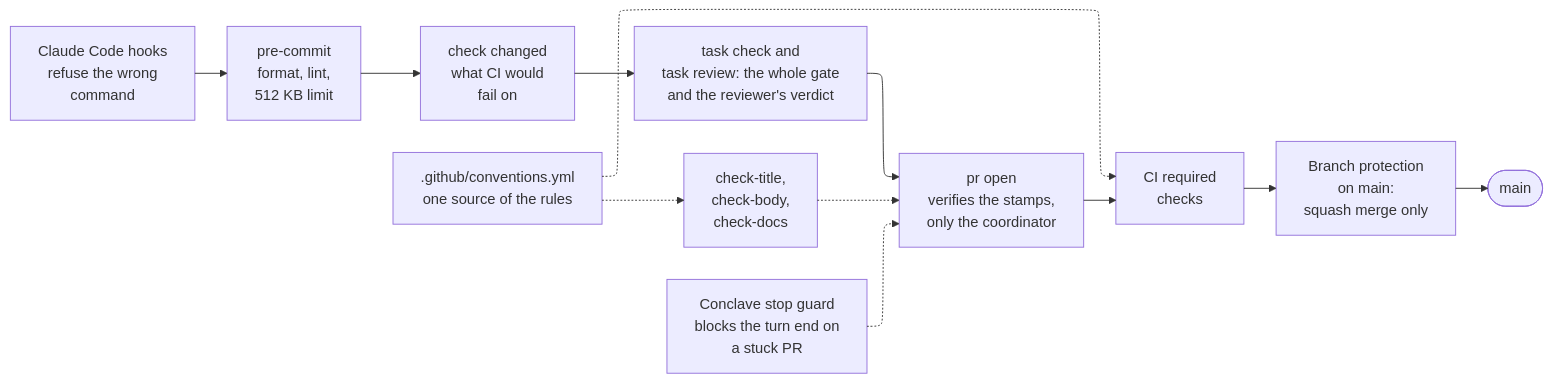
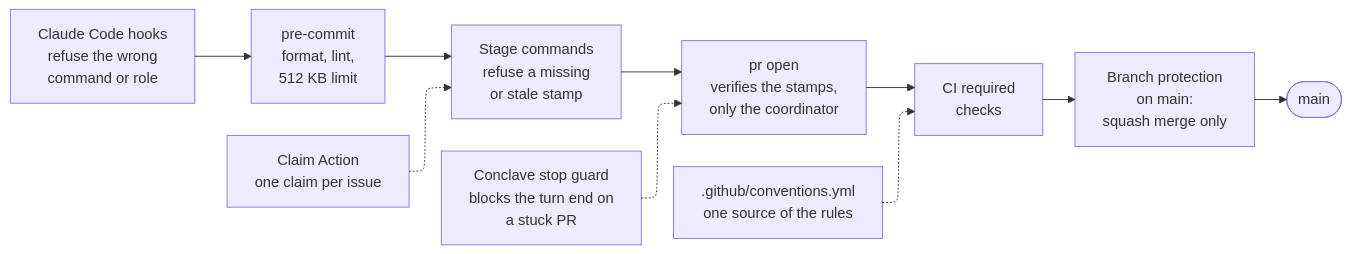
Before and after one commit to Ryubara/coney: the third of 3 diagrams in docs/guides/how-we-work.md, drawn with Mermaid. The commit also changed other lines of this file and 11 other files, not shown here.

````diff
--- a/docs/guides/how-we-work.md
+++ b/docs/guides/how-we-work.md
@@ -567,18 +505,16 @@
 ```mermaid
 ---
 config:
   layout: elk
 ---
 flowchart LR
-  hooks["Claude Code hooks<br/>refuse the wrong<br/>command"] --> pre["pre-commit<br/>format, lint,<br/>512 KB limit"]
-  pre --> gate["check changed<br/>what CI would<br/>fail on"]
-  gate --> stamp["task check and<br/>task review: the whole gate<br/>and the reviewer's verdict"]
-  stamp --> push["pr open<br/>verifies the stamps,<br/>only the coordinator"]
+  hooks["Claude Code hooks<br/>refuse the wrong<br/>command or role"] --> pre["pre-commit<br/>format, lint,<br/>512 KB limit"]
+  pre --> stamps["Stage commands<br/>refuse a missing<br/>or stale stamp"]
+  stamps --> push["pr open<br/>verifies the stamps,<br/>only the coordinator"]
   push --> ci["CI required<br/>checks"]
   ci --> rules["Branch protection<br/>on main:<br/>squash merge only"]
   rules --> main(["main"])
-  text["check-title,<br/>check-body,<br/>check-docs"] -.-> push
-  tether["Conclave stop guard<br/>blocks the turn end on<br/>a stuck PR"] -.-> push
-  conv[".github/conventions.yml<br/>one source of the rules"] -.-> text
-  conv -.-> ci
+  claim["Claim Action<br/>one claim per issue"] -.-> stamps
+  conclave["Conclave stop guard<br/>blocks the turn end on<br/>a stuck PR"] -.-> push
+  conv[".github/conventions.yml<br/>one source of the rules"] -.-> ci
 ```
````
